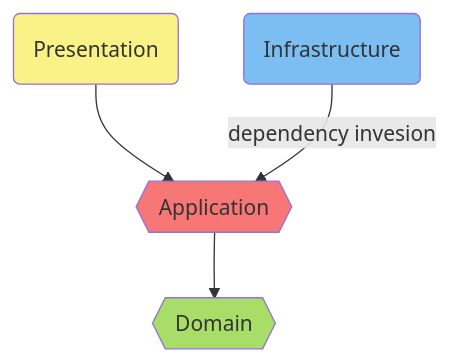
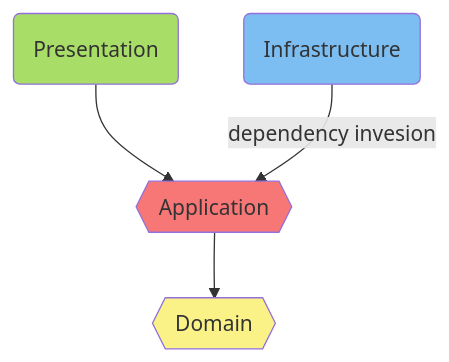
One commit to RachaneeSaeng/clean-architecture-workshop changed the diagram in README.md. Above: the diagram before and after it, drawn with Mermaid.

Commit message:
Change dependency graph color

````diff
--- a/README.md
+++ b/README.md
@@ -14,14 +14,14 @@
 ```mermaid
 flowchart TD
     a("Presentation"):::presentation
     b{{"Application"}}:::app
     c{{"Domain"}}:::domain
     d("Infrastructure"):::infra
     a --> b --> c
     d -- dependency invesion --> b
 
-    classDef presentation fill:#faf287
+    classDef presentation fill:#A8DE67
     classDef app fill:#f77777
-    classDef domain fill:#A8DE67
+    classDef domain fill:#faf287
     classDef infra fill:#7cbdf2
 ```
````
